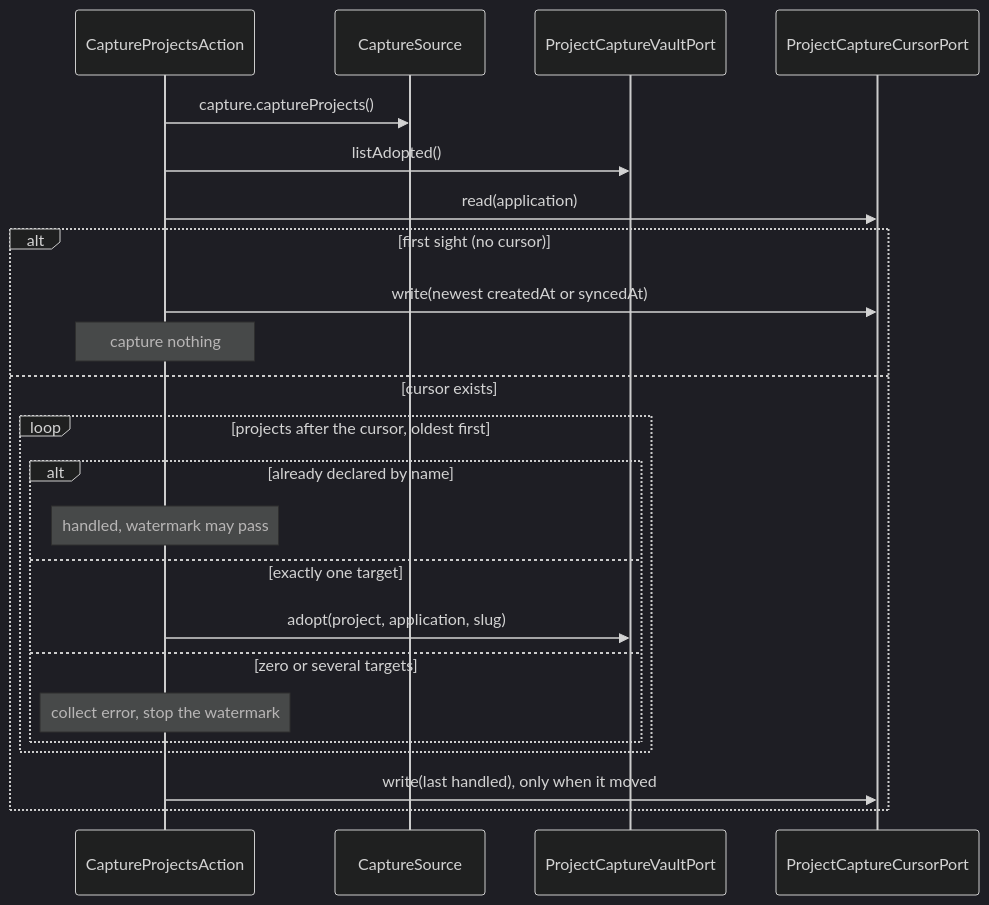
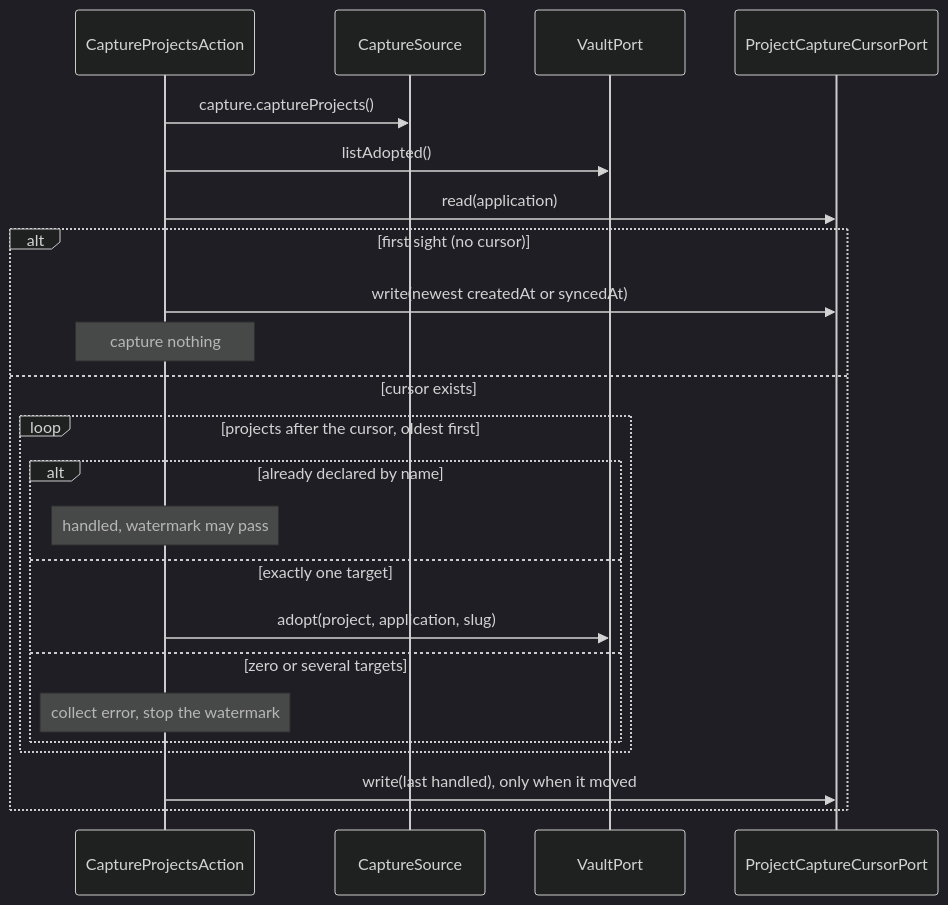
The eighth of 18 diagrams in docs/developer-manual.md (99linesofcode/obsidian-project-management), drawn with Mermaid (dark theme) before and after one commit. The commit also changed other lines of this file and 76 other files, not shown here.

First line of the commit message:
refactor(vault): collapse the vault ports into one VaultPort

````diff
--- a/docs/developer-manual.md
+++ b/docs/developer-manual.md
@@ -460,26 +460,26 @@
 ```mermaid
 sequenceDiagram
   participant C as CaptureProjectsAction
   participant S as CaptureSource
-  participant V as ProjectCaptureVaultPort
+  participant V as VaultPort
   participant Cur as ProjectCaptureCursorPort
 
   C->>S: capture.captureProjects()
   C->>V: listAdopted()
   C->>Cur: read(application)
   alt first sight (no cursor)
     C->>Cur: write(newest createdAt or syncedAt)
     Note over C: capture nothing
   else cursor exists
     loop projects after the cursor, oldest first
       alt already declared by name
         Note over C: handled, watermark may pass
       else exactly one target
         C->>V: adopt(project, application, slug)
       else zero or several targets
         Note over C: collect error, stop the watermark
       end
     end
     C->>Cur: write(last handled), only when it moved
   end
 ```
````
